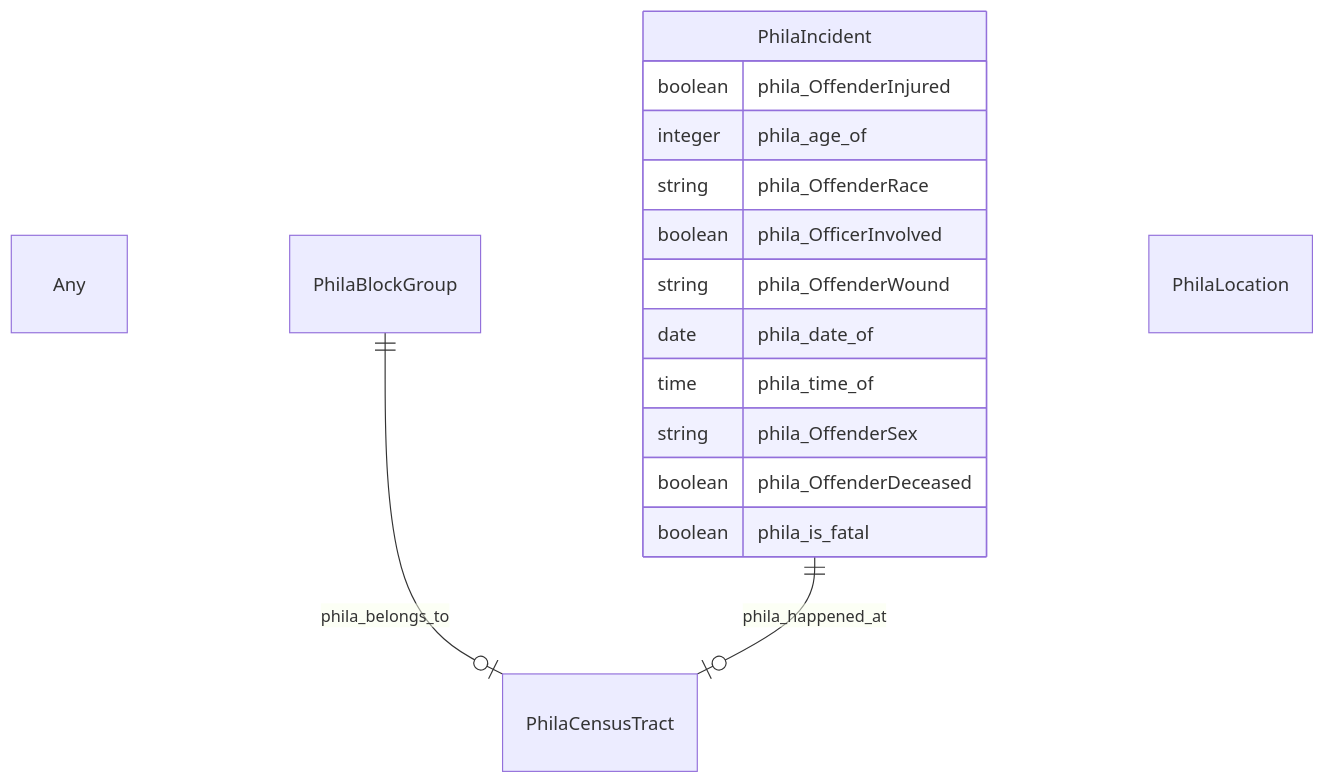
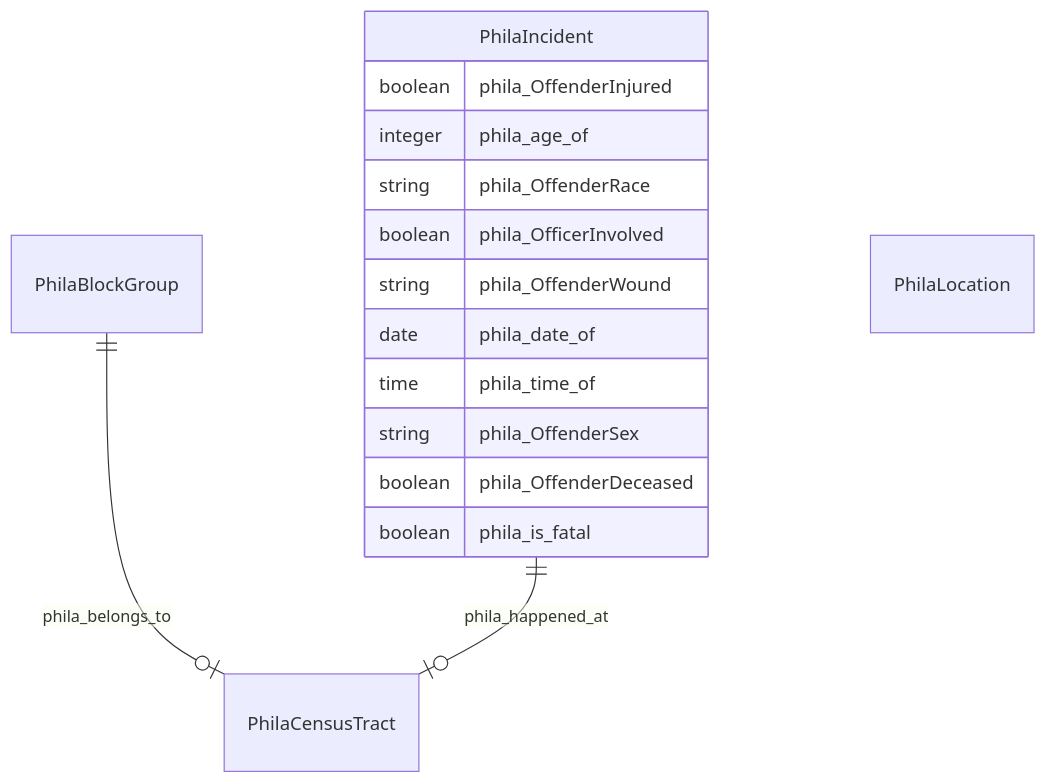
One commit to frink-okn/graph-descriptions changed the diagram in neighborhood-kg/README.md. Above: the diagram before and after it, drawn with Mermaid. The commit also changed other lines of this file and 6807 other files, not shown here.

````diff
--- a/neighborhood-kg/README.md
+++ b/neighborhood-kg/README.md
@@ -13,31 +13,28 @@
 ```mermaid
 erDiagram
-Any {
-
-}
 PhilaBlockGroup {
 
 }
 PhilaCensusTract {
 
 }
 PhilaIncident {
     boolean phila_OffenderInjured  
     integer phila_age_of  
     string phila_OffenderRace  
     boolean phila_OfficerInvolved  
     string phila_OffenderWound  
     date phila_date_of  
     time phila_time_of  
     string phila_OffenderSex  
     boolean phila_OffenderDeceased  
     boolean phila_is_fatal  
 }
 PhilaLocation {
 
 }
 
 PhilaBlockGroup ||--|o PhilaCensusTract : "phila_belongs_to"
 PhilaIncident ||--|o PhilaCensusTract : "phila_happened_at"
 
 ```
````
